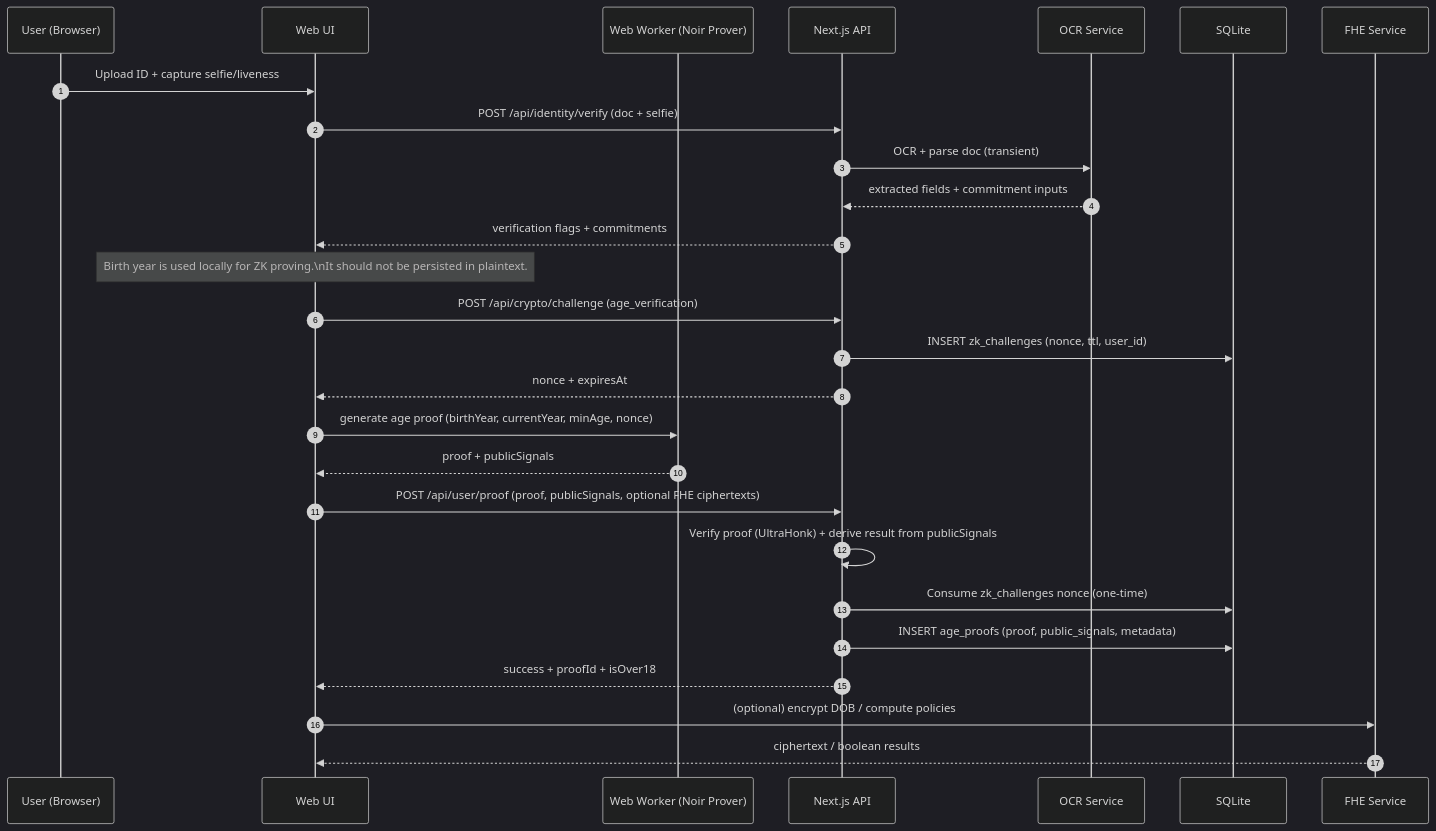
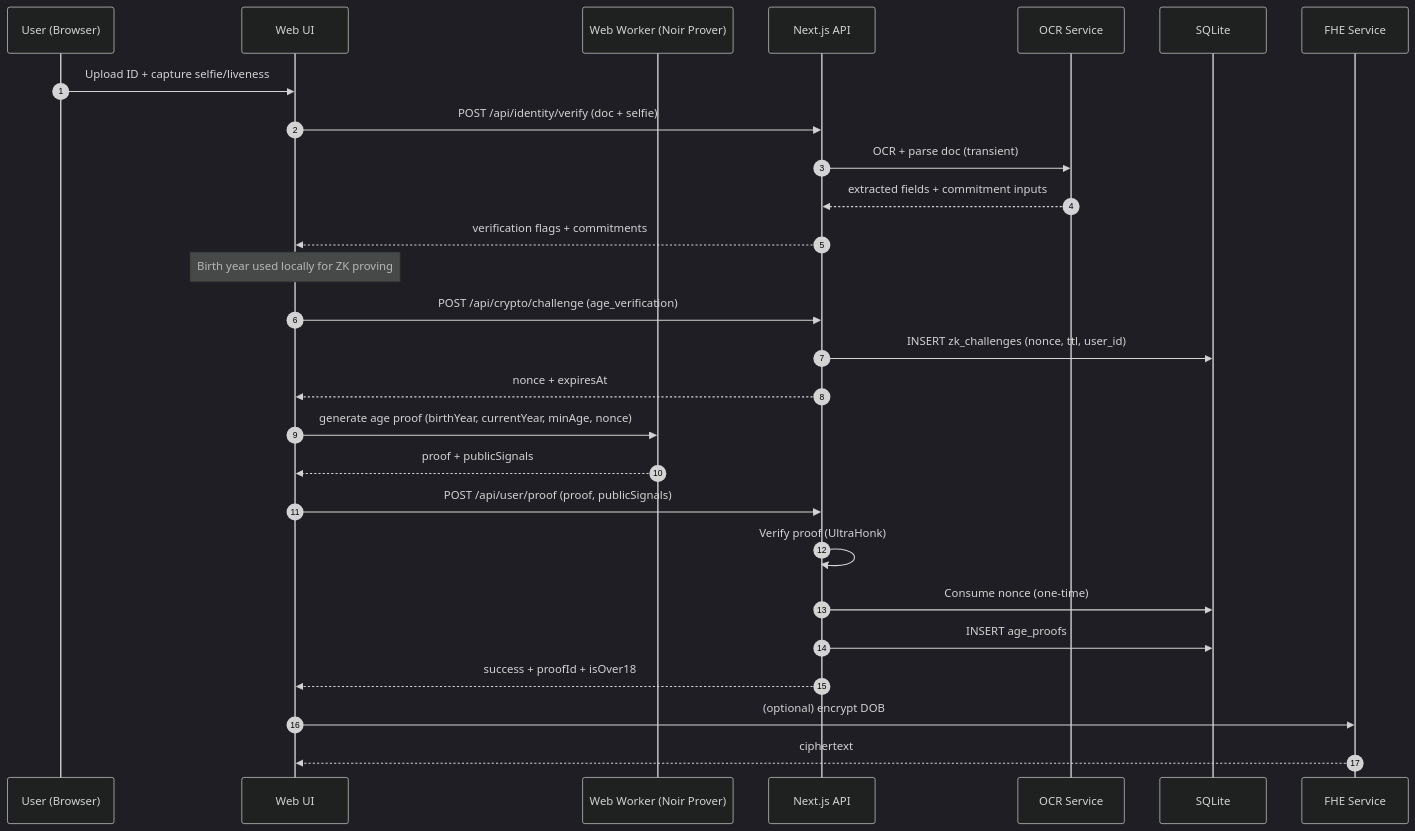
One commit to gustavovalverde/zentity changed the second of 3 diagrams in docs/architecture.md. Above: the diagram before and after it, drawn with Mermaid (dark theme). The commit also changed other lines of this file and 4 other files, not shown here.

````diff
--- a/docs/architecture.md
+++ b/docs/architecture.md
@@ -126,34 +193,34 @@
 ```mermaid
 sequenceDiagram
   autonumber
   participant U as User (Browser)
   participant UI as Web UI
   participant W as Web Worker (Noir Prover)
   participant API as Next.js API
   participant OCR as OCR Service
   participant DB as SQLite
   participant FHE as FHE Service
 
   U->>UI: Upload ID + capture selfie/liveness
   UI->>API: POST /api/identity/verify (doc + selfie)
   API->>OCR: OCR + parse doc (transient)
   OCR-->>API: extracted fields + commitment inputs
   API-->>UI: verification flags + commitments
 
-  Note over UI: Birth year is used locally for ZK proving.\nIt should not be persisted in plaintext.
+  Note over UI: Birth year used locally for ZK proving
   UI->>API: POST /api/crypto/challenge (age_verification)
   API->>DB: INSERT zk_challenges (nonce, ttl, user_id)
   API-->>UI: nonce + expiresAt
 
   UI->>W: generate age proof (birthYear, currentYear, minAge, nonce)
   W-->>UI: proof + publicSignals
 
-  UI->>API: POST /api/user/proof (proof, publicSignals, optional FHE ciphertexts)
-  API->>API: Verify proof (UltraHonk) + derive result from publicSignals
-  API->>DB: Consume zk_challenges nonce (one-time)
-  API->>DB: INSERT age_proofs (proof, public_signals, metadata)
+  UI->>API: POST /api/user/proof (proof, publicSignals)
+  API->>API: Verify proof (UltraHonk)
+  API->>DB: Consume nonce (one-time)
+  API->>DB: INSERT age_proofs
   API-->>UI: success + proofId + isOver18
 
-  UI->>FHE: (optional) encrypt DOB / compute policies
-  FHE-->>UI: ciphertext / boolean results
+  UI->>FHE: (optional) encrypt DOB
+  FHE-->>UI: ciphertext
 ```
````
